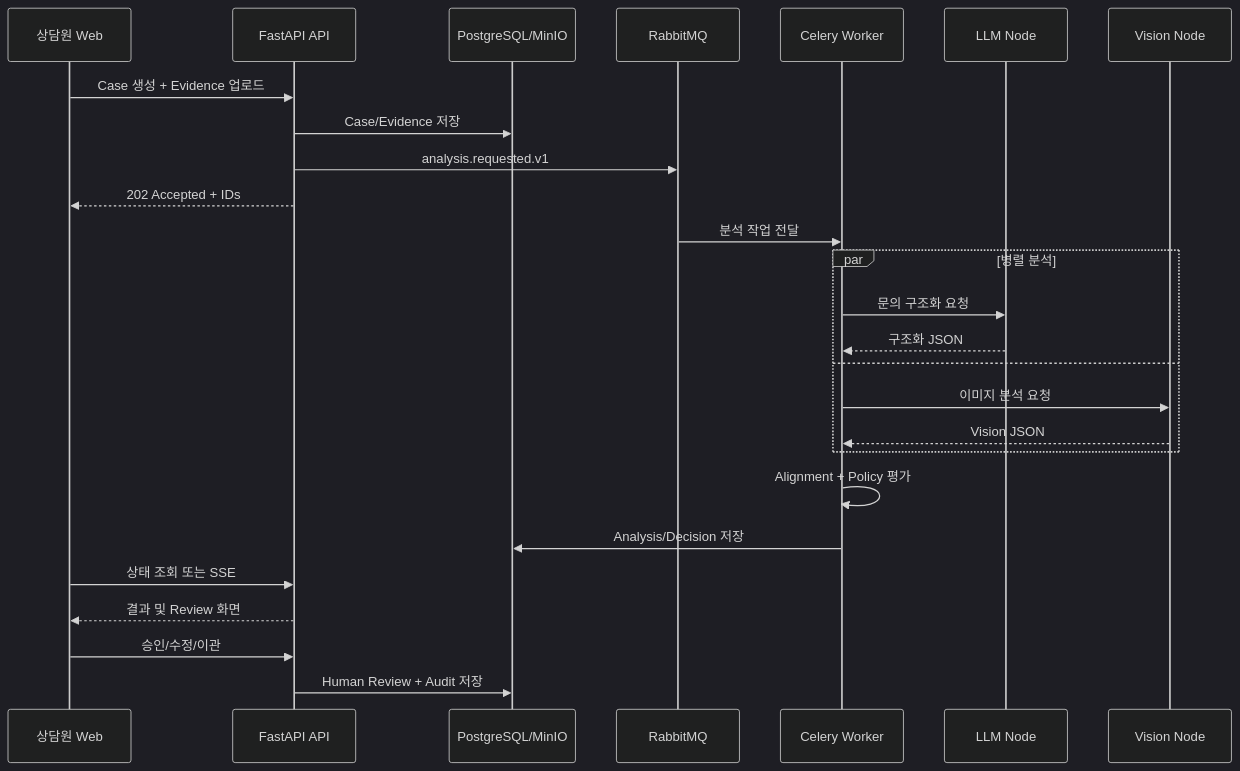
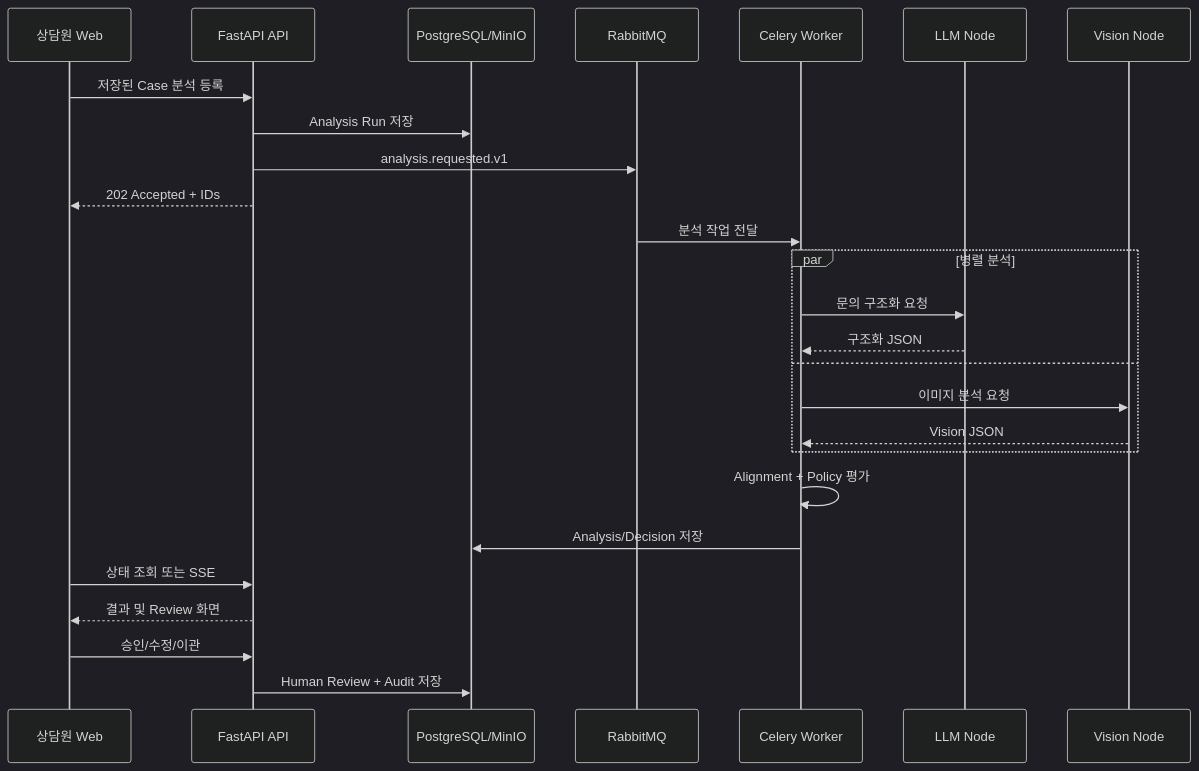
One commit to CSightICT/csight-core changed the fourth of 4 diagrams in CSight_project_docs/docs/03_ARCHITECTURE.md. Above: the diagram before and after it, drawn with Mermaid (dark theme). The commit also changed other lines of this file and 98 other files, not shown here.

Commit message:
feat: complete sprint 1 case and evidence vertical slice

````diff
--- a/CSight_project_docs/docs/03_ARCHITECTURE.md
+++ b/CSight_project_docs/docs/03_ARCHITECTURE.md
@@ -145,29 +184,29 @@
 ```mermaid
 sequenceDiagram
     participant U as 상담원 Web
     participant A as FastAPI API
     participant D as PostgreSQL/MinIO
     participant Q as RabbitMQ
     participant W as Celery Worker
     participant L as LLM Node
     participant V as Vision Node
 
-    U->>A: Case 생성 + Evidence 업로드
-    A->>D: Case/Evidence 저장
+    U->>A: 저장된 Case 분석 등록
+    A->>D: Analysis Run 저장
     A->>Q: analysis.requested.v1
     A-->>U: 202 Accepted + IDs
     Q->>W: 분석 작업 전달
     par 병렬 분석
         W->>L: 문의 구조화 요청
         L-->>W: 구조화 JSON
     and
         W->>V: 이미지 분석 요청
         V-->>W: Vision JSON
     end
     W->>W: Alignment + Policy 평가
     W->>D: Analysis/Decision 저장
     U->>A: 상태 조회 또는 SSE
     A-->>U: 결과 및 Review 화면
     U->>A: 승인/수정/이관
     A->>D: Human Review + Audit 저장
 ```
````
